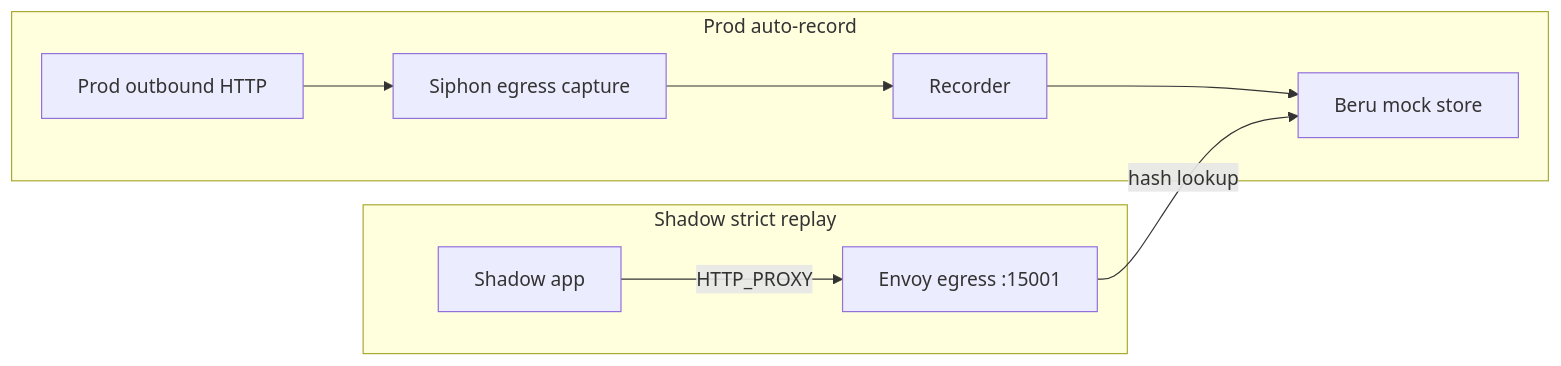
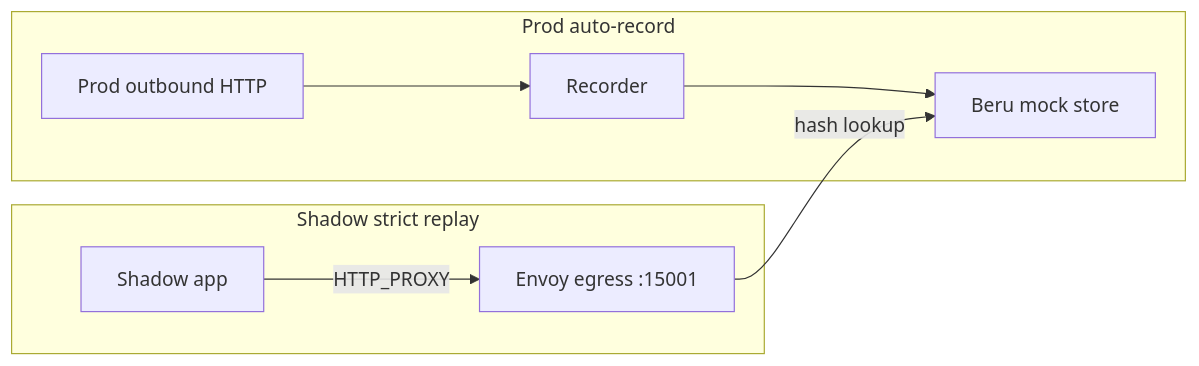
One commit to nederrgo/shadow-diff changed the fourth of 5 diagrams in docs/architecture/ARCHITECTURE.md. Above: the diagram before and after it, drawn with Mermaid. The commit also changed other lines of this file and 78 other files, not shown here.

````diff
--- a/docs/architecture/ARCHITECTURE.md
+++ b/docs/architecture/ARCHITECTURE.md
@@ -289,18 +298,16 @@
 ```mermaid
 flowchart LR
   subgraph record [Prod auto-record]
     ProdOut[Prod outbound HTTP]
-    SiphonCap[Siphon egress capture]
     RecorderSvc[Recorder]
     BeruStore[Beru mock store]
-    ProdOut --> SiphonCap
-    SiphonCap --> RecorderSvc
+    ProdOut --> RecorderSvc
     RecorderSvc --> BeruStore
   end
   subgraph replay [Shadow strict replay]
     ShadowApp[Shadow app]
     EgrEnv[Envoy egress :15001]
     ShadowApp -->|HTTP_PROXY| EgrEnv
     EgrEnv -->|hash lookup| BeruStore
   end
 ```
````
